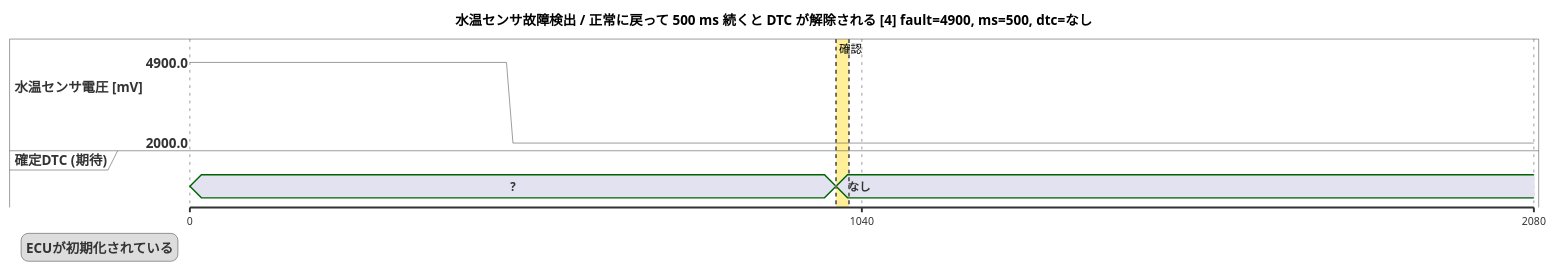
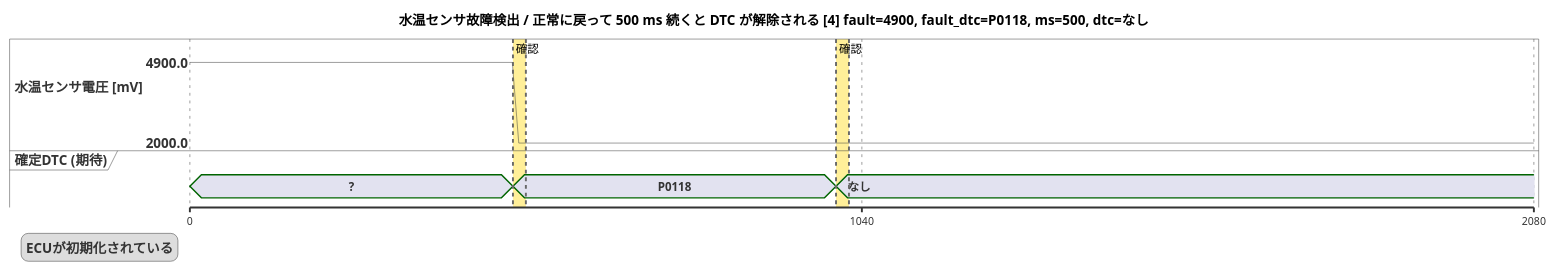
One commit to YitKubo/poc_bdd changed the diagram in charts/ect_sensor_diag/正常に戻って_500_ms_続くと_DTC_が解除される_04.puml. Above: the diagram before and after it, drawn with PlantUML. The commit also changed 24 other files, not shown here.

```diff
--- a/charts/ect_sensor_diag/正常に戻って_500_ms_続くと_DTC_が解除される_04.puml
+++ b/charts/ect_sensor_diag/正常に戻って_500_ms_続くと_DTC_が解除される_04.puml
@@ -1,24 +1,27 @@
 @startuml
 skinparam defaultFontName IPAGothic
-title 水温センサ故障検出 / 正常に戻って 500 ms 続くと DTC が解除される [4] fault=4900, ms=500, dtc=なし
+title 水温センサ故障検出 / 正常に戻って 500 ms 続くと DTC が解除される [4] fault=4900, fault_dtc=P0118, ms=500, dtc=なし
 scale 1040 as 700 pixels
 legend left
   ECUが初期化されている
 endlegend
 analog "水温センサ電圧 [mV]" between 2000 and 4900 as s0
 concise "確定DTC (期待)" as s1
 
 @0
 s0 is 4900
 s1 is "?"
-@490
+@499
 s0 is 4900
 @500
+s1 is "P0118"
+@509
 s0 is 2000
 @1000
 s1 is "なし"
 @1040
 s0 is 2000
 @1040
+highlight 500 to 520 #FFD70066;line:DimGrey : 確認
 highlight 1000 to 1020 #FFD70066;line:DimGrey : 確認
 @enduml
```
